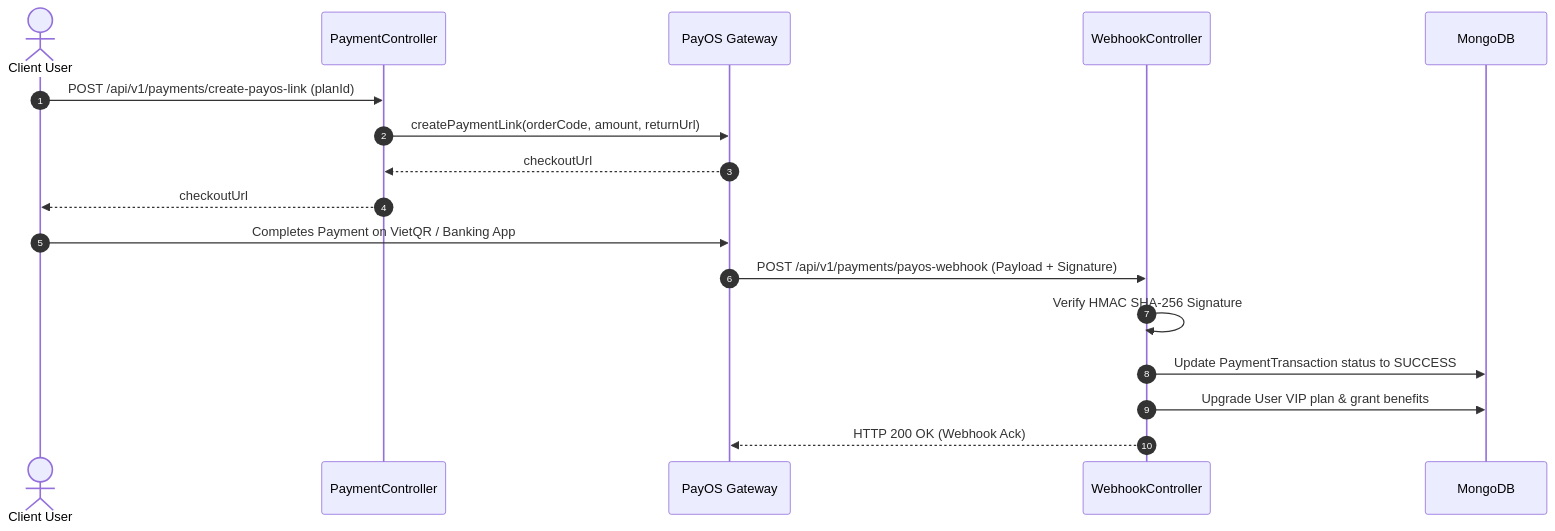
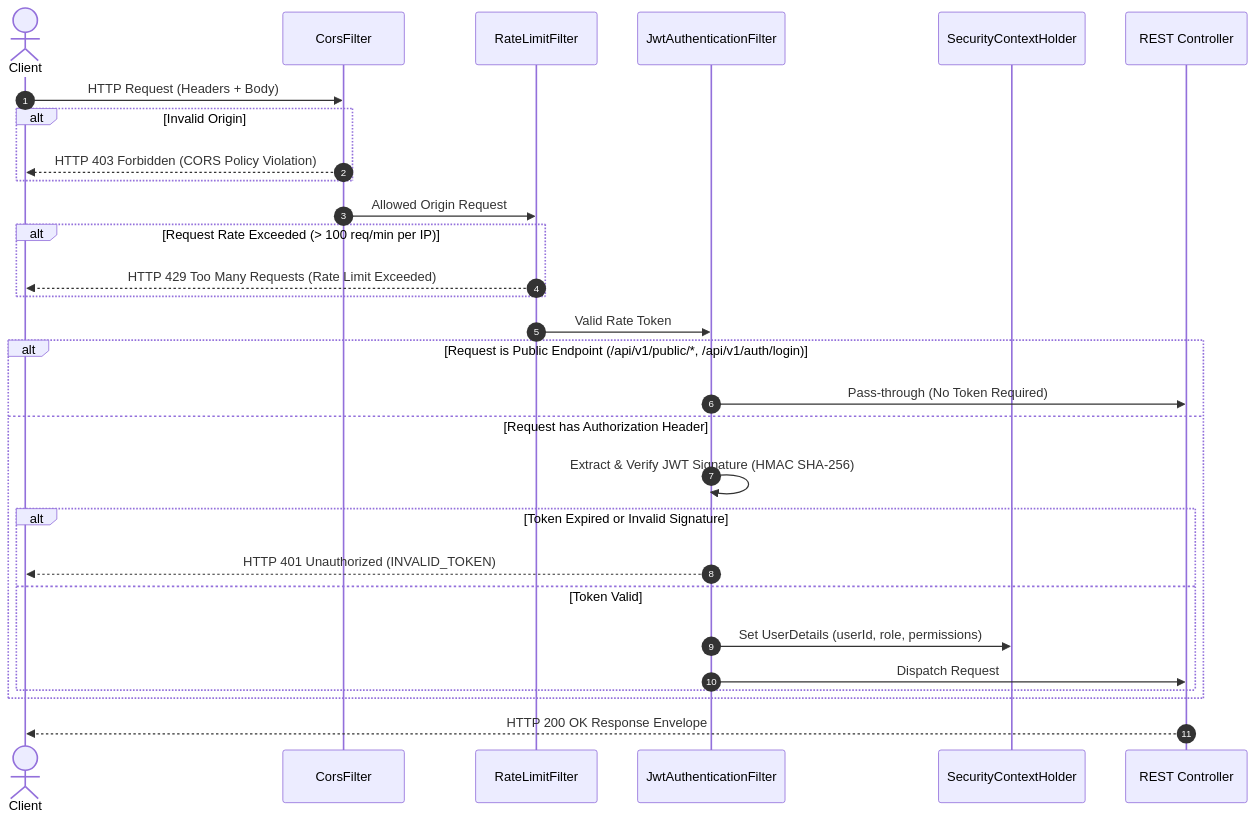
The second of 2 diagrams in docs/architecture/SYSTEM_OVERVIEW.md (The-MC-Hub/MC_Voice_Training_Backend), drawn with Mermaid before and after one commit. The commit also changed other lines of this file and 6 other files, not shown here.

Commit message:
docs: deeply expand technical architecture, deployment, data model, integrations, and websocket guides

````diff
--- a/docs/architecture/SYSTEM_OVERVIEW.md
+++ b/docs/architecture/SYSTEM_OVERVIEW.md
@@ -116,20 +97,32 @@
 ```mermaid
 sequenceDiagram
     autonumber
-    actor User as Client User
-    participant PaymentCtrl as PaymentController
-    participant PayOS as PayOS Gateway
-    participant WebhookCtrl as WebhookController
-    participant DB as MongoDB
+    actor Client
+    participant CORS as CorsFilter
+    participant RL as RateLimitFilter
+    participant JWT as JwtAuthenticationFilter
+    participant SecCtx as SecurityContextHolder
+    participant Ctrl as REST Controller
 
-    User->>PaymentCtrl: POST /api/v1/payments/create-payos-link (planId)
-    PaymentCtrl->>PayOS: createPaymentLink(orderCode, amount, returnUrl)
-    PayOS-->>PaymentCtrl: checkoutUrl
-    PaymentCtrl-->>User: checkoutUrl
-    User->>PayOS: Completes Payment on VietQR / Banking App
-    PayOS->>WebhookCtrl: POST /api/v1/payments/payos-webhook (Payload + Signature)
-    WebhookCtrl->>WebhookCtrl: Verify HMAC SHA-256 Signature
-    WebhookCtrl->>DB: Update PaymentTransaction status to SUCCESS
-    WebhookCtrl->>DB: Upgrade User VIP plan & grant benefits
-    WebhookCtrl-->>PayOS: HTTP 200 OK (Webhook Ack)
+    Client->>CORS: HTTP Request (Headers + Body)
+    alt Invalid Origin
+        CORS-->>Client: HTTP 403 Forbidden (CORS Policy Violation)
+    end
+    CORS->>RL: Allowed Origin Request
+    alt Request Rate Exceeded (> 100 req/min per IP)
+        RL-->>Client: HTTP 429 Too Many Requests (Rate Limit Exceeded)
+    end
+    RL->>JWT: Valid Rate Token
+    alt Request is Public Endpoint (/api/v1/public/*, /api/v1/auth/login)
+        JWT->>Ctrl: Pass-through (No Token Required)
+    else Request has Authorization Header
+        JWT->>JWT: Extract & Verify JWT Signature (HMAC SHA-256)
+        alt Token Expired or Invalid Signature
+            JWT-->>Client: HTTP 401 Unauthorized (INVALID_TOKEN)
+        else Token Valid
+            JWT->>SecCtx: Set UserDetails (userId, role, permissions)
+            JWT->>Ctrl: Dispatch Request
+        end
+    end
+    Ctrl-->>Client: HTTP 200 OK Response Envelope
 ```
````
